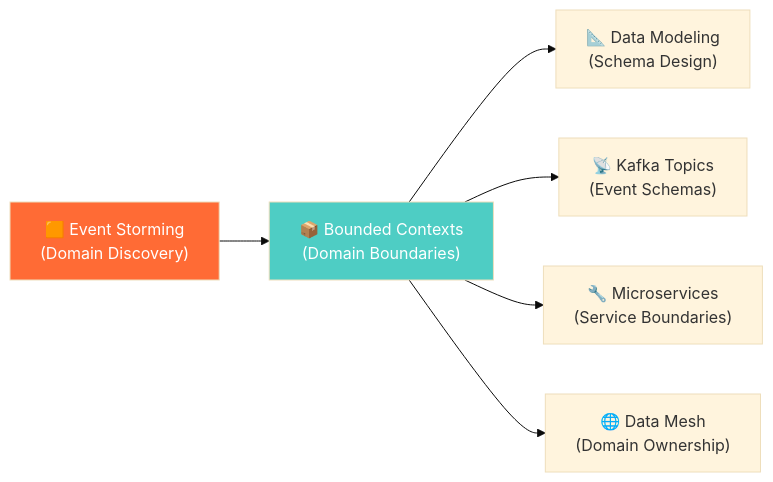
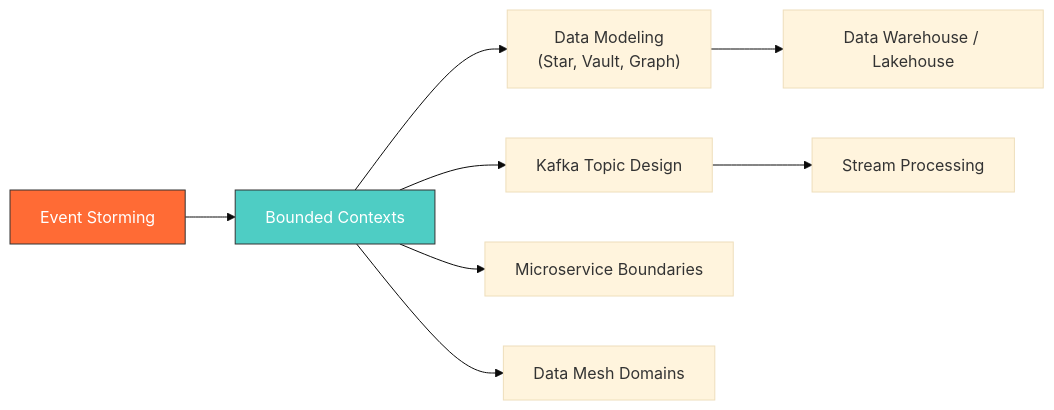
Before and after one commit to sivanagaraju/sparkantrigravity: the second of 2 diagrams in PrincipleDataArchitect/01_Data_Modeling/01_Logical_Domain_Modeling/01_Event_Storming/01_Concept_Overview.md, drawn with Mermaid (base theme). The commit also changed other lines of this file and 51 other files, not shown here.

Commit message:
feat: Add new content on logical and advanced dimensional data modeling concepts, alongside an SQL interview preparation notebook.

````diff
--- a/PrincipleDataArchitect/01_Data_Modeling/01_Logical_Domain_Modeling/01_Event_Storming/01_Concept_Overview.md
+++ b/PrincipleDataArchitect/01_Data_Modeling/01_Logical_Domain_Modeling/01_Event_Storming/01_Concept_Overview.md
@@ -25,11 +67,13 @@
 ```mermaid
 flowchart LR
-    ES["🟧 Event Storming<br/>(Domain Discovery)"] --> BC["📦 Bounded Contexts<br/>(Domain Boundaries)"]
-    BC --> DM["📐 Data Modeling<br/>(Schema Design)"]
-    BC --> KT["📡 Kafka Topics<br/>(Event Schemas)"]
-    BC --> MS["🔧 Microservices<br/>(Service Boundaries)"]
-    BC --> MESH["🌐 Data Mesh<br/>(Domain Ownership)"]
+    ES["Event Storming"] --> BC["Bounded Contexts"]
+    BC --> DM["Data Modeling<br/>(Star, Vault, Graph)"]
+    BC --> KT["Kafka Topic Design"]
+    BC --> MS["Microservice Boundaries"]
+    BC --> MESH["Data Mesh Domains"]
+    DM --> DW["Data Warehouse / Lakehouse"]
+    KT --> SP["Stream Processing"]
     
-    style ES fill:#FF6B35,color:#fff
-    style BC fill:#4ECDC4,color:#fff
+    style ES fill:#FF6B35,color:#fff,stroke:#333
+    style BC fill:#4ECDC4,color:#fff,stroke:#333
 ```
````
